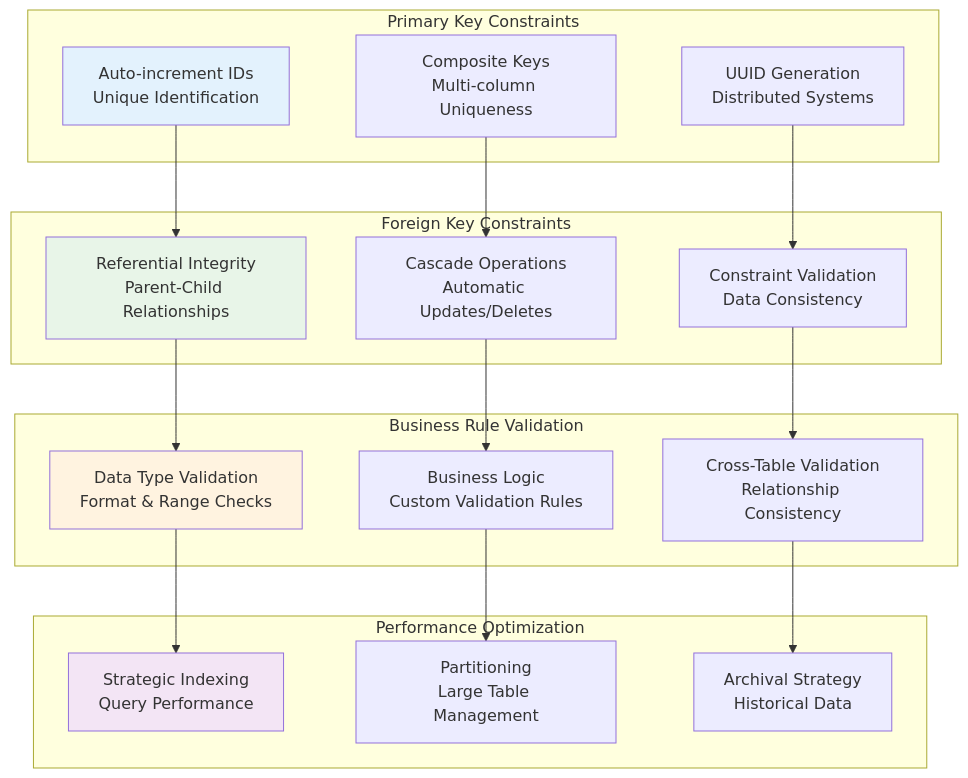
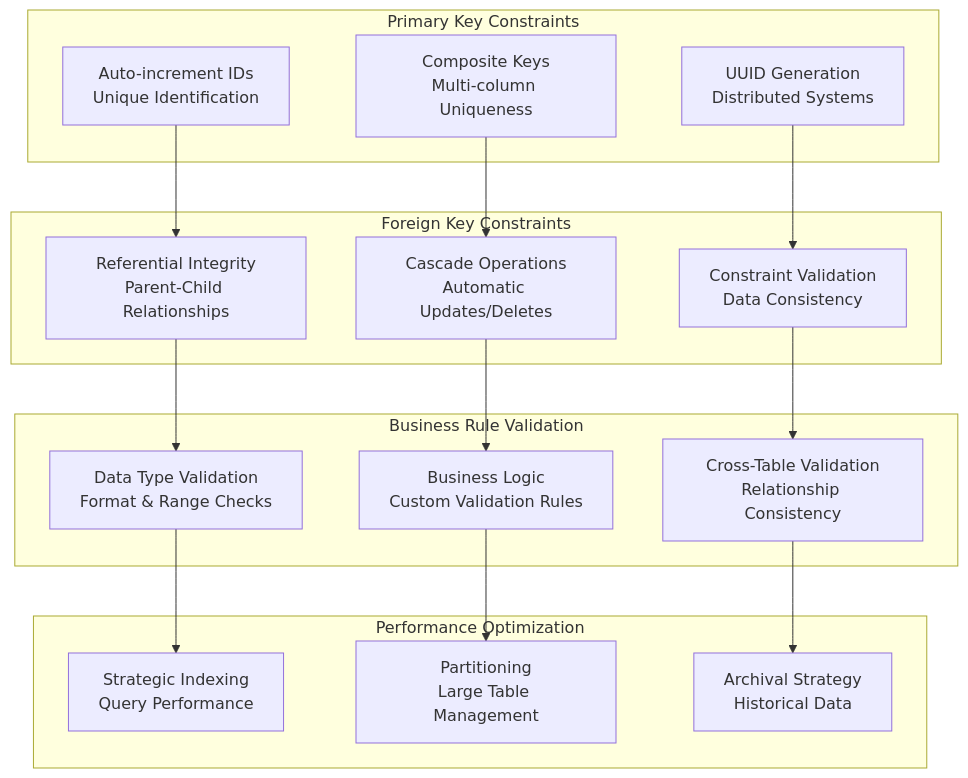
Diagram 28 of 44 in README.md (sandeepkumar0801/Digihub), drawn with Mermaid before and after one commit. The commit also changed other lines of this file, not shown here.

Commit message:
update diagram index

````diff
--- a/README.md
+++ b/README.md
@@ -4412,43 +4270,43 @@
 ```mermaid
 graph TD
     subgraph "Primary Key Constraints"
         A[Auto-increment IDs<br/>Unique Identification]
         B[Composite Keys<br/>Multi-column Uniqueness]
         C[UUID Generation<br/>Distributed Systems]
     end
 
     subgraph "Foreign Key Constraints"
         D[Referential Integrity<br/>Parent-Child Relationships]
         E[Cascade Operations<br/>Automatic Updates/Deletes]
         F[Constraint Validation<br/>Data Consistency]
     end
 
     subgraph "Business Rule Validation"
         G[Data Type Validation<br/>Format & Range Checks]
         H[Business Logic<br/>Custom Validation Rules]
         I[Cross-Table Validation<br/>Relationship Consistency]
     end
 
     subgraph "Performance Optimization"
         J[Strategic Indexing<br/>Query Performance]
         K[Partitioning<br/>Large Table Management]
         L[Archival Strategy<br/>Historical Data]
     end
 
     A --> D
     B --> E
     C --> F
 
     D --> G
     E --> H
     F --> I
 
     G --> J
     H --> K
     I --> L
 
-    style A fill:#e3f2fd
-    style D fill:#e8f5e8
-    style G fill:#fff3e0
-    style J fill:#f3e5f5
+
+
+
+
 ```
````
